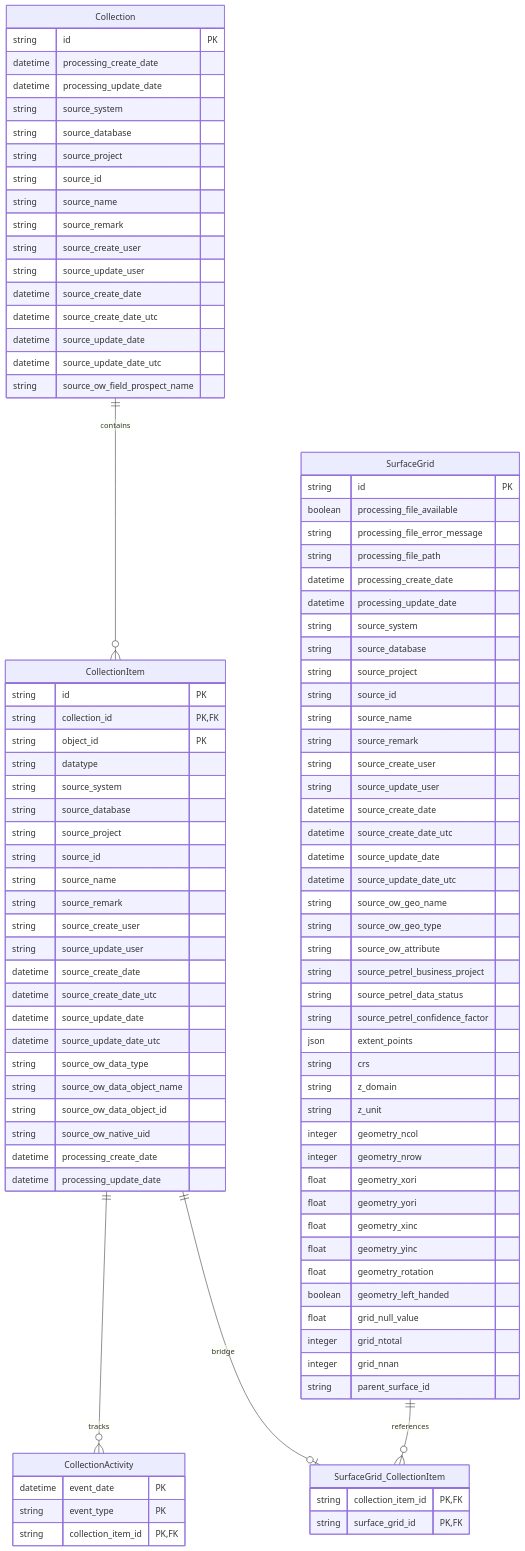
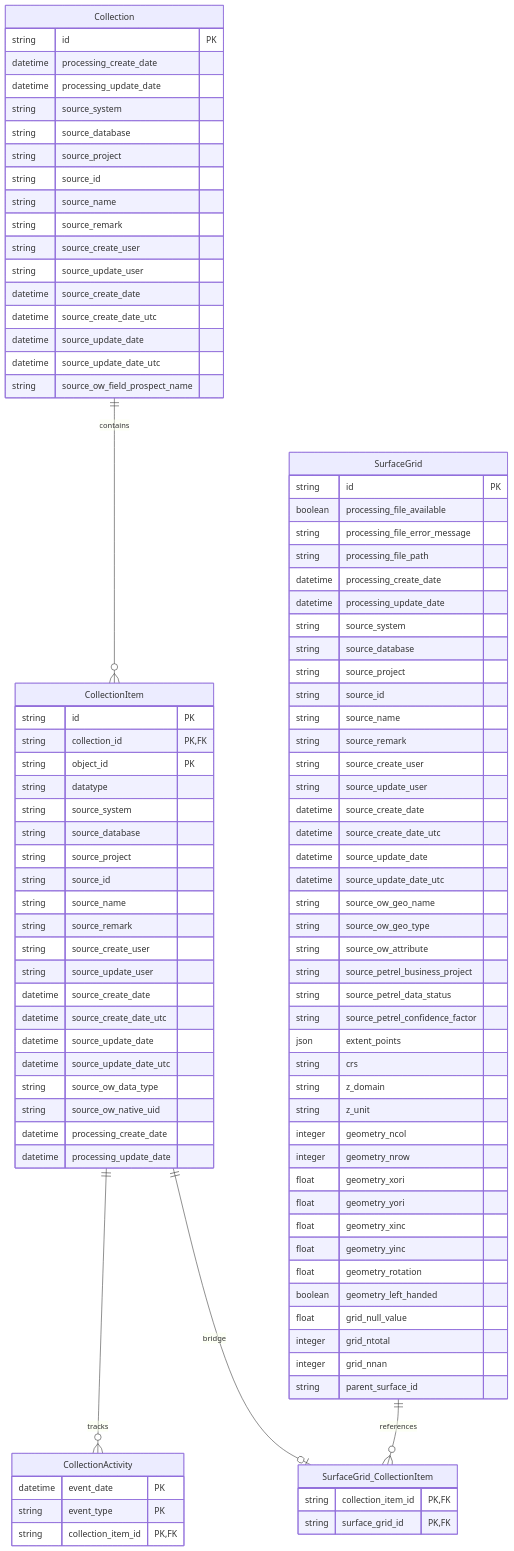
Before and after one commit to equinor/interpretation-models: the diagram in docs/database_model.md, drawn with Mermaid. The commit also changed 4 other files, not shown here.

```diff
--- a/docs/database_model.md
+++ b/docs/database_model.md
@@ -80,8 +80,6 @@
         datetime source_update_date
         datetime source_update_date_utc
         string source_ow_data_type
-        string source_ow_data_object_name
-        string source_ow_data_object_id
         string source_ow_native_uid
         datetime processing_create_date
         datetime processing_update_date
```
